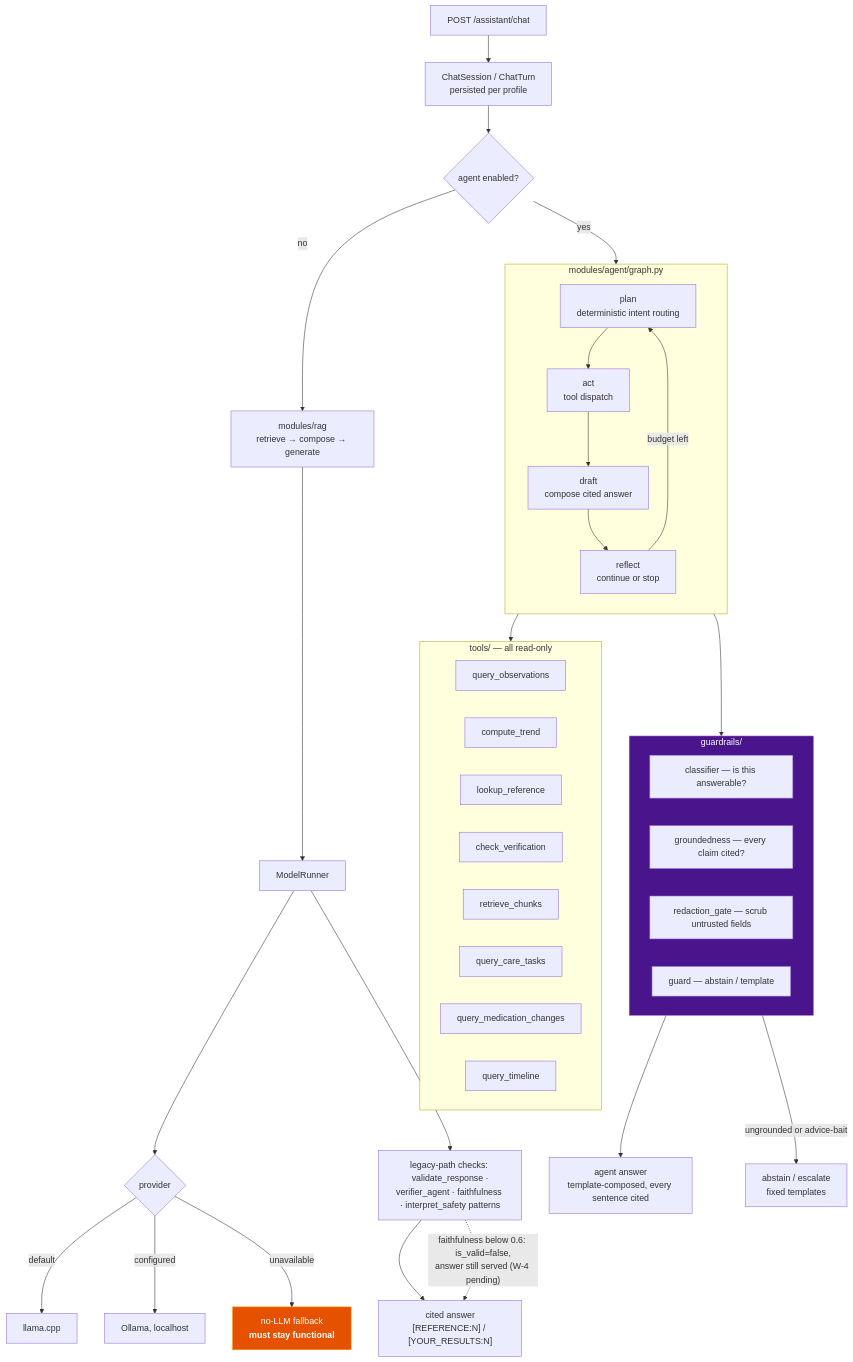
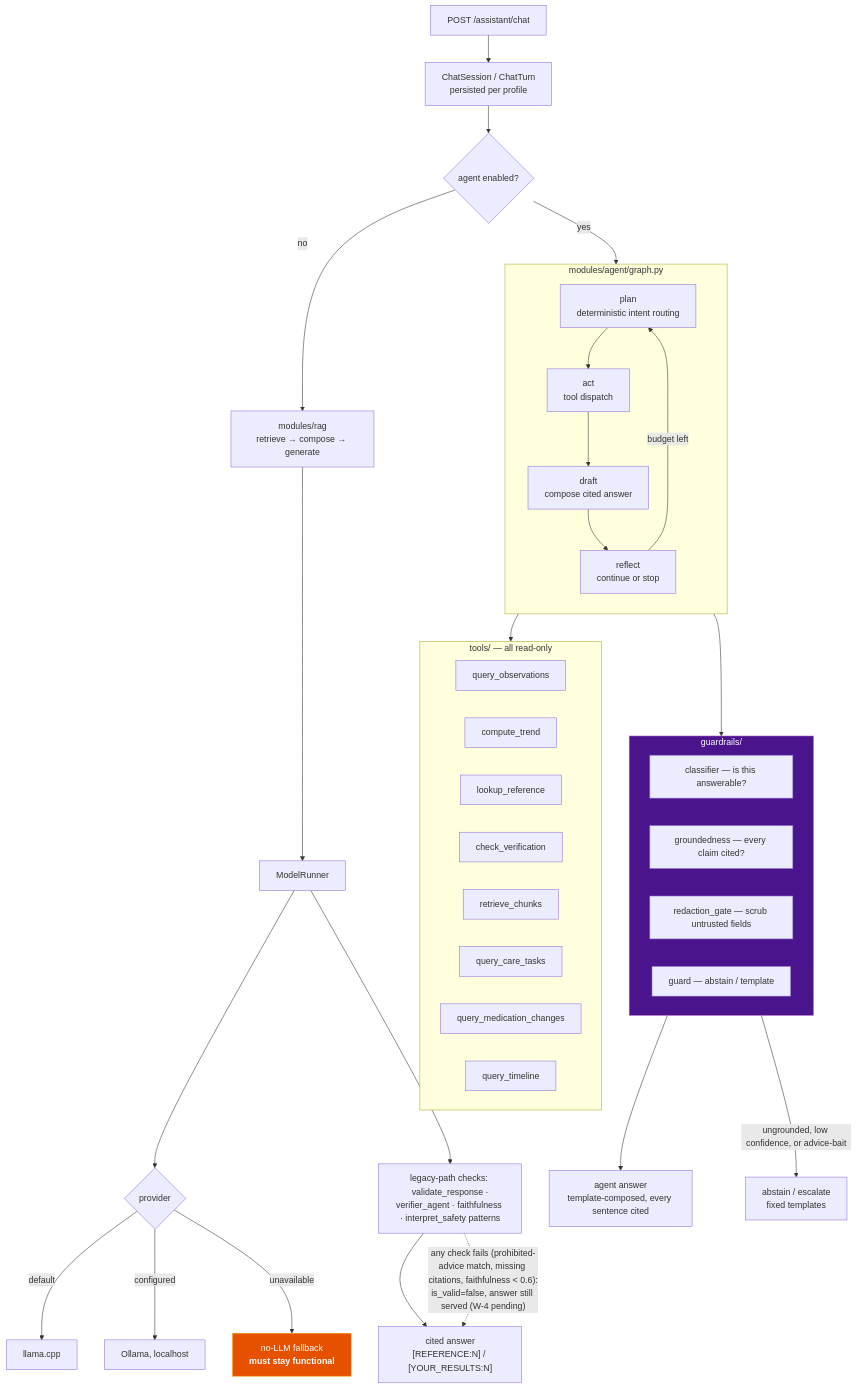
One commit to BrooklynD23/HealthCentral changed the second of 3 diagrams in docs/architecture/pipelines.md. Above: the diagram before and after it, drawn with Mermaid. The commit also changed other lines of this file, not shown here.

Commit message:
docs(architecture): pipelines legacy-check edge, agent verified wording, abstain edge (review)

````diff
--- a/docs/architecture/pipelines.md
+++ b/docs/architecture/pipelines.md
@@ -77,53 +79,53 @@
 ```mermaid
 flowchart TD
     Q["POST /assistant/chat"] --> SESS["ChatSession / ChatTurn<br/>persisted per profile"]
     SESS --> ENABLED{"agent enabled?"}
 
     ENABLED -->|no| RAGONLY["modules/rag<br/>retrieve → compose → generate"]
     ENABLED -->|yes| GRAPH
 
     subgraph GRAPH["modules/agent/graph.py"]
         direction TB
         PLAN["plan<br/>deterministic intent routing"]
         ACT["act<br/>tool dispatch"]
         DRAFT["draft<br/>compose cited answer"]
         REFLECT["reflect<br/>continue or stop"]
         PLAN --> ACT --> DRAFT --> REFLECT
         REFLECT -->|"budget left"| PLAN
     end
 
     ACT --> TOOLS
     subgraph TOOLS["tools/ — all read-only"]
         T1["query_observations"]
         T2["compute_trend"]
         T3["lookup_reference"]
         T4["check_verification"]
         T5["retrieve_chunks"]
         T6["query_care_tasks"]
         T7["query_medication_changes"]
         T8["query_timeline"]
     end
 
     RAGONLY --> MR["ModelRunner"]
     MR --> PROV{"provider"}
     PROV -->|default| LC["llama.cpp"]
     PROV -->|configured| OL["Ollama, localhost"]
     PROV -->|"unavailable"| FB["no-LLM fallback<br/><b>must stay functional</b>"]
 
     DRAFT --> GUARD
     subgraph GUARD["guardrails/"]
         G1["classifier — is this answerable?"]
         G2["groundedness — every claim cited?"]
         G3["redaction_gate — scrub untrusted fields"]
         G4["guard — abstain / template"]
     end
 
     GUARD --> AOUT["agent answer<br/>template-composed, every sentence cited"]
-    GUARD -->|"ungrounded or advice-bait"| ABSTAIN["abstain / escalate<br/>fixed templates"]
+    GUARD -->|"ungrounded, low confidence, or advice-bait"| ABSTAIN["abstain / escalate<br/>fixed templates"]
     MR --> SAFE["legacy-path checks: validate_response ·<br/>verifier_agent · faithfulness · interpret_safety patterns"]
     SAFE --> OUT["cited answer<br/>[REFERENCE:N] / [YOUR_RESULTS:N]"]
-    SAFE -.->|"faithfulness below 0.6: is_valid=false,<br/>answer still served (W-4 pending)"| OUT
+    SAFE -.->|"any check fails (prohibited-advice match, missing citations, faithfulness < 0.6):<br/>is_valid=false, answer still served (W-4 pending)"| OUT
 
     style GUARD fill:#4a148c,stroke:#ba68c8,color:#fff
     style FB fill:#e65100,stroke:#ff9800,color:#fff
 ```
````
